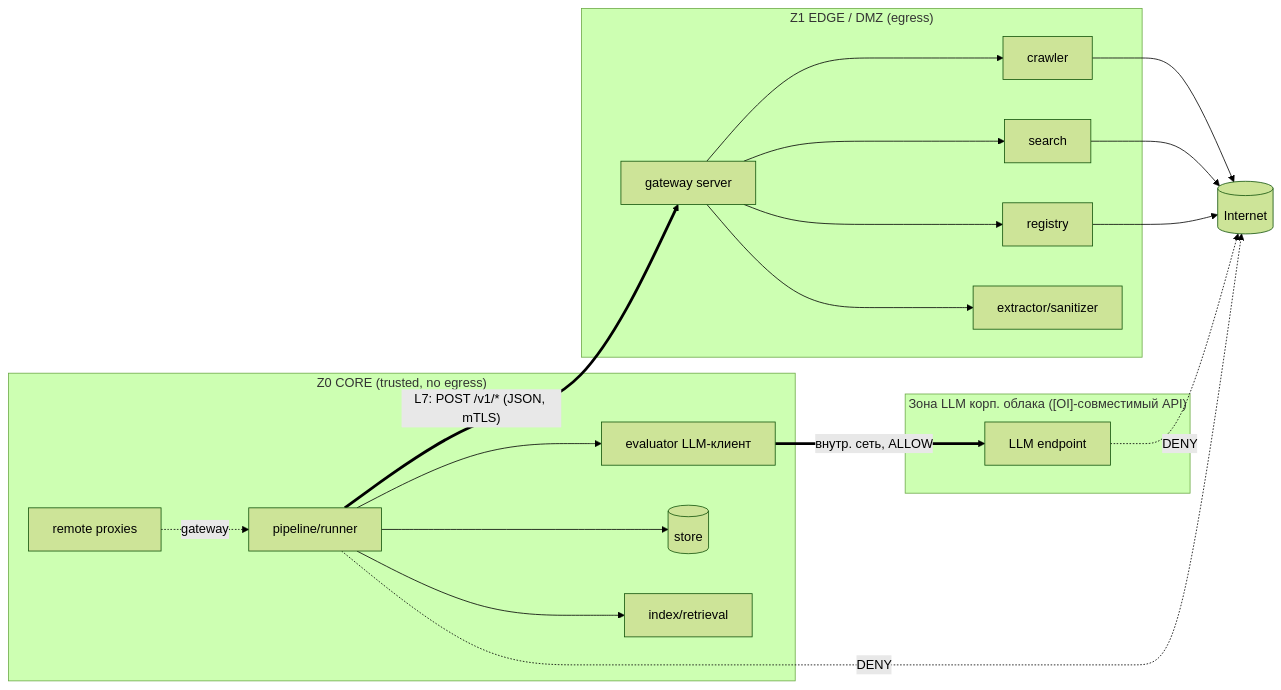
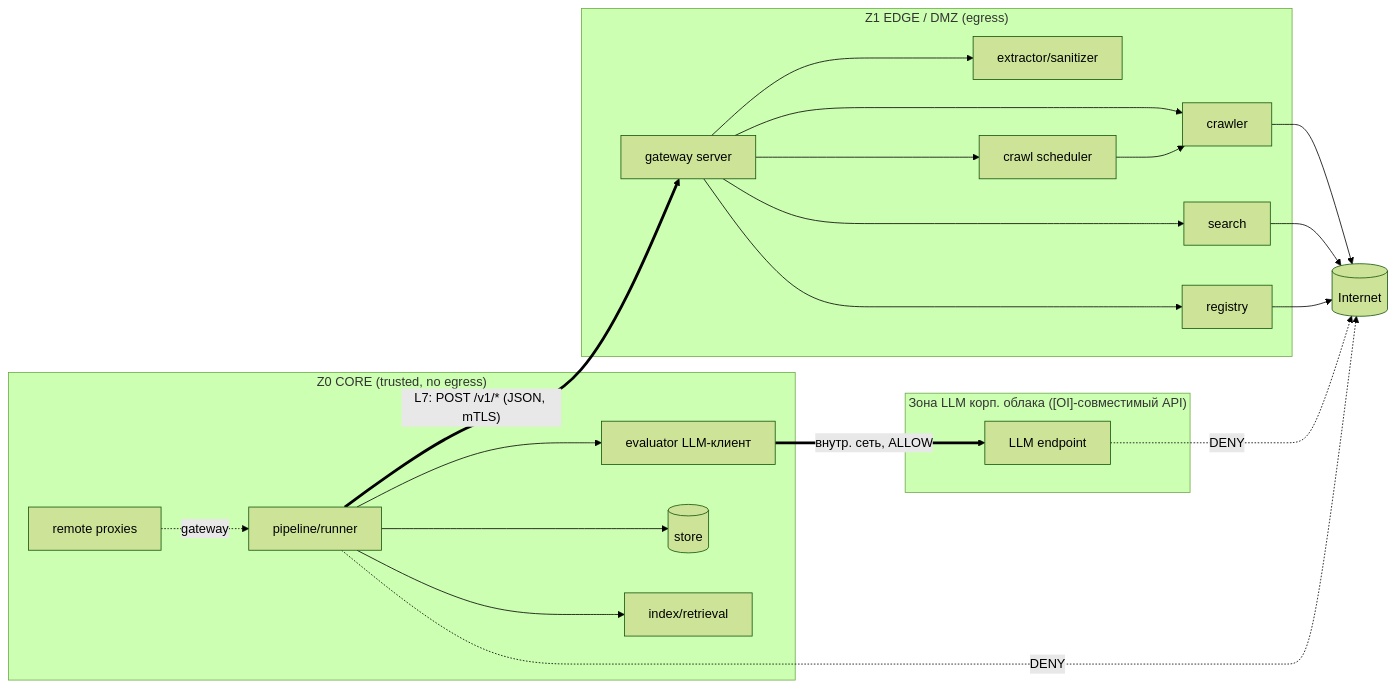
Before and after one commit to drbye78/cohound: the diagram in docs/architecture/07-deployment-topology.md, drawn with Mermaid (forest theme). The commit also changed other lines of this file and 7 other files, not shown here.

````diff
--- a/docs/architecture/07-deployment-topology.md
+++ b/docs/architecture/07-deployment-topology.md
@@ -230,25 +273,27 @@
 ```mermaid
 flowchart LR
   subgraph Z0["Z0 CORE (trusted, no egress)"]
     ORCH[pipeline/runner] --> EVAL[evaluator LLM-клиент]
     ORCH --> STORE[(store)]
     ORCH --> IDX[index/retrieval]
     PROXY[remote proxies] -.->|gateway| ORCH
   end
   subgraph Z1["Z1 EDGE / DMZ (egress)"]
     GW[gateway server] --> CR[crawler]
     GW --> SE[search]
     GW --> RG[registry]
     GW --> EX[extractor/sanitizer]
+    GW --> SCHED[crawl scheduler]
+    SCHED --> CR
   end
   subgraph Z3["Зона LLM корп. облака ([OI]-совместимый API)"]
     LLM[LLM endpoint]
   end
   ORCH ==>|"L7: POST /v1/* (JSON, mTLS)"| GW
   EVAL ==>|"внутр. сеть, ALLOW"| LLM
   CR --> NET[(Internet)]
   SE --> NET
   RG --> NET
   LLM -.->|DENY| NET
   ORCH -.->|DENY| NET
 ```
````
